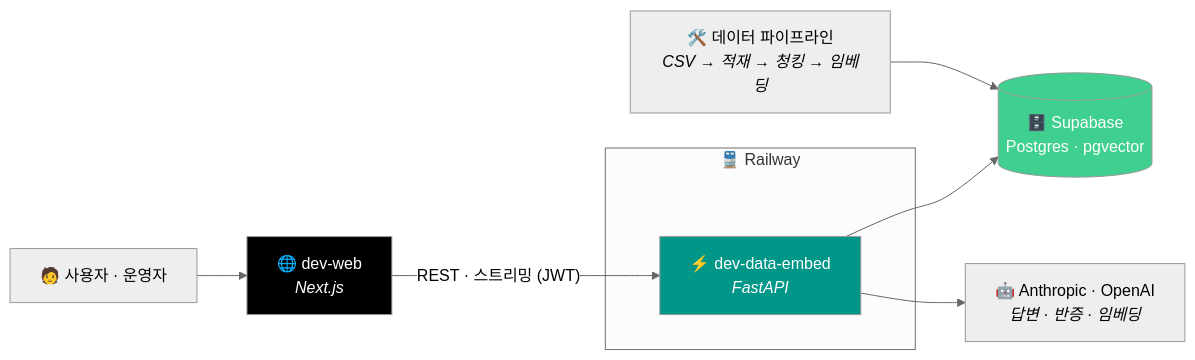
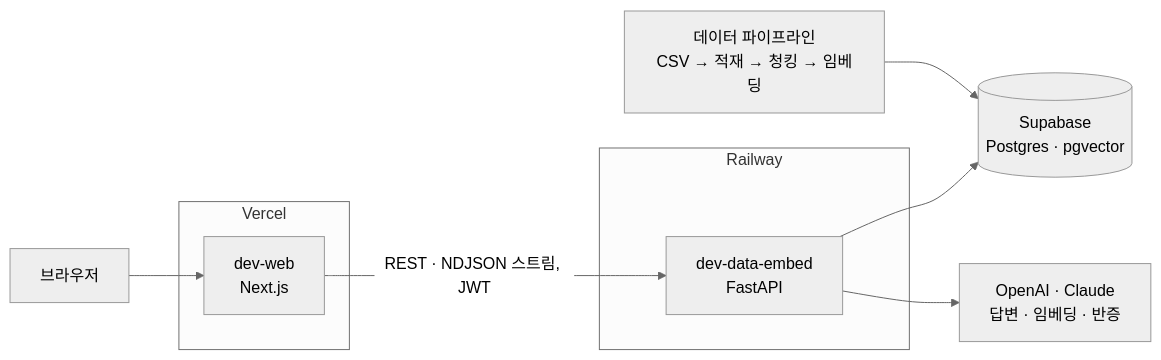
Before and after one commit to TodayWhatDish/.github: the diagram in profile/README.md, drawn with Mermaid (neutral theme). The commit also changed other lines of this file and 3 other files, not shown here.

````diff
--- a/profile/README.md
+++ b/profile/README.md
@@ -77,18 +49,18 @@
 ```mermaid
 flowchart LR
-    U["🧑 사용자 · 운영자"] --> WEB
+    U[브라우저] --> WEB
 
-    WEB["🌐 dev-web<br/><i>Next.js</i>"] -->|"REST · 스트리밍 (JWT)"| API
-
-    subgraph RW["🚆 Railway"]
-        API["⚡ dev-data-embed<br/><i>FastAPI</i>"]
+    subgraph Vercel
+        WEB[dev-web<br/>Next.js]
     end
 
-    API --> PG[("🗄️ Supabase<br/>Postgres · pgvector")]
-    API --> LLM["🤖 Anthropic · OpenAI<br/><i>답변 · 반증 · 임베딩</i>"]
-    PIPE["🛠️ 데이터 파이프라인<br/><i>CSV → 적재 → 청킹 → 임베딩</i>"] --> PG
+    WEB -->|REST · NDJSON 스트림, JWT| API
 
-    style API fill:#009688,color:#fff
-    style PG fill:#3FCF8E,color:#fff
-    style WEB fill:#000,color:#fff
+    subgraph Railway
+        API[dev-data-embed<br/>FastAPI]
+    end
+
+    API --> PG[(Supabase<br/>Postgres · pgvector)]
+    API --> LLM[OpenAI · Claude<br/>답변 · 임베딩 · 반증]
+    PIPE[데이터 파이프라인<br/>CSV → 적재 → 청킹 → 임베딩] --> PG
 ```
````
